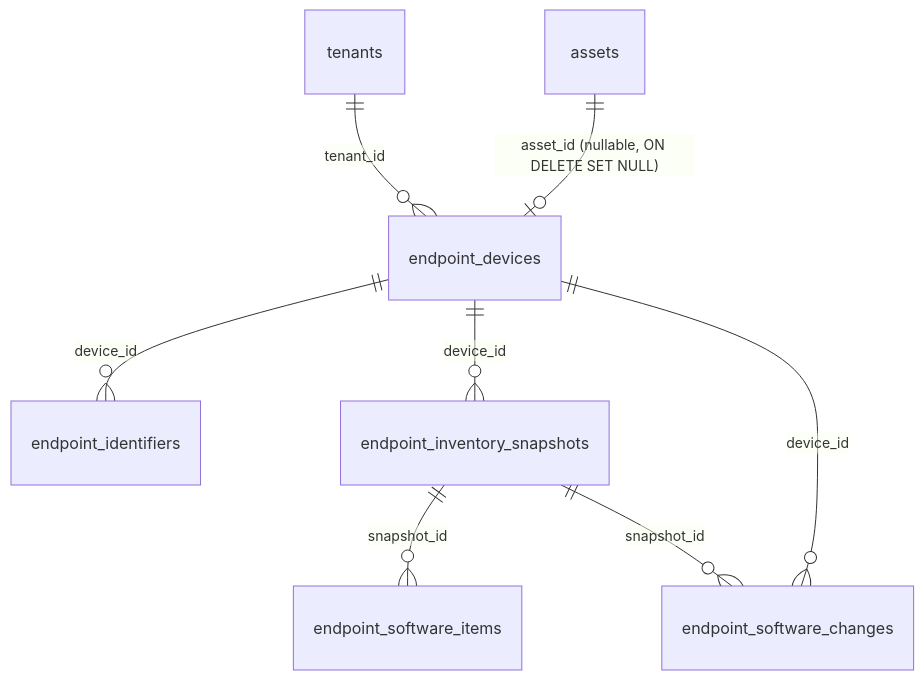
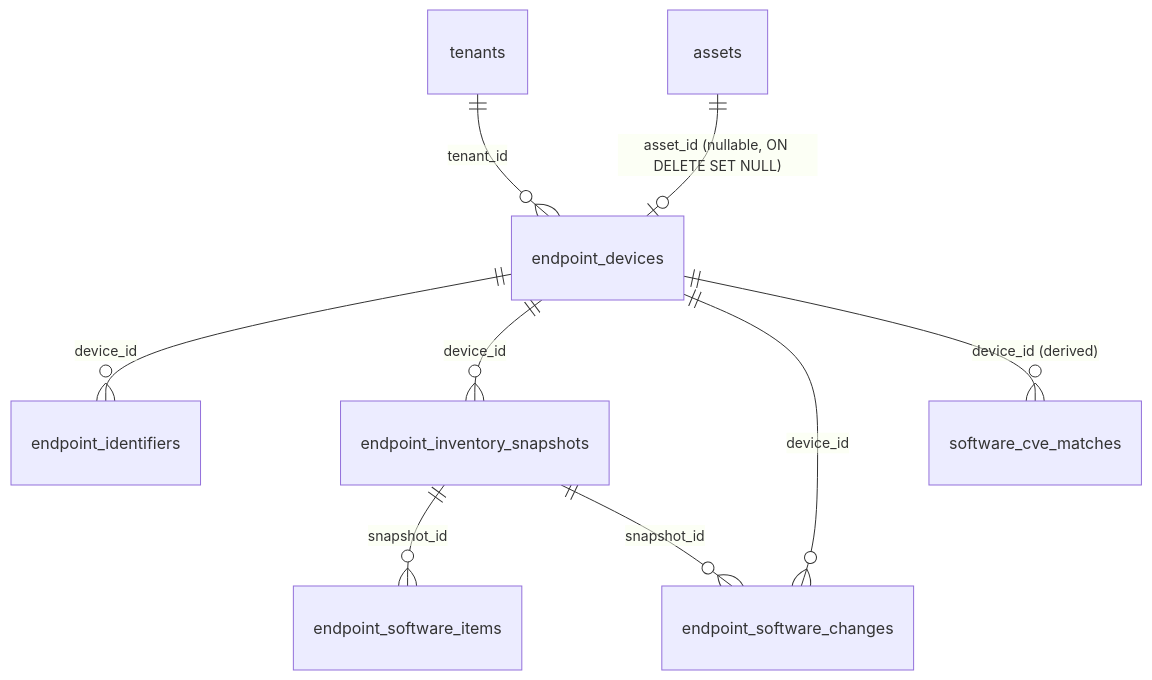
The first of 2 diagrams in Agent_plan.md (onixus/Shapoclyack), drawn with Mermaid before and after one commit. The commit also changed other lines of this file and 1 other file, not shown here.

First line of the commit message:
docs(plan): bring Agent_plan.md up to what the endpoint code does

````diff
--- a/Agent_plan.md
+++ b/Agent_plan.md
@@ -206,10 +233,11 @@
 ```mermaid
 erDiagram
     tenants ||--o{ endpoint_devices : "tenant_id"
     endpoint_devices ||--o{ endpoint_identifiers : "device_id"
     endpoint_devices ||--o{ endpoint_inventory_snapshots : "device_id"
     endpoint_devices ||--o{ endpoint_software_changes : "device_id"
     endpoint_inventory_snapshots ||--o{ endpoint_software_items : "snapshot_id"
     endpoint_inventory_snapshots ||--o{ endpoint_software_changes : "snapshot_id"
     assets ||--o| endpoint_devices : "asset_id (nullable, ON DELETE SET NULL)"
+    endpoint_devices ||--o{ software_cve_matches : "device_id (derived)"
 ```
````
